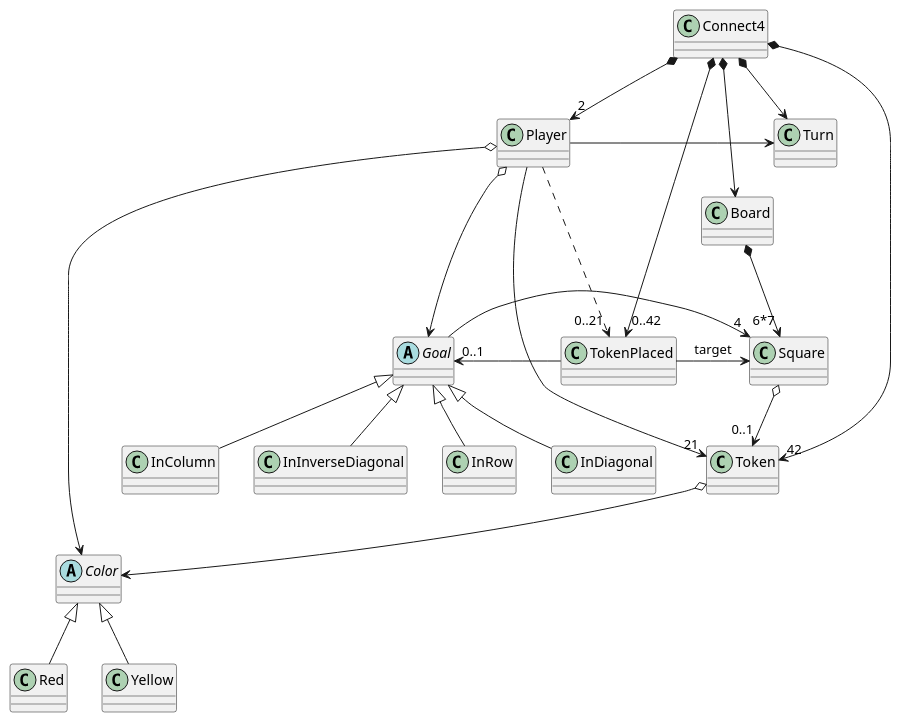
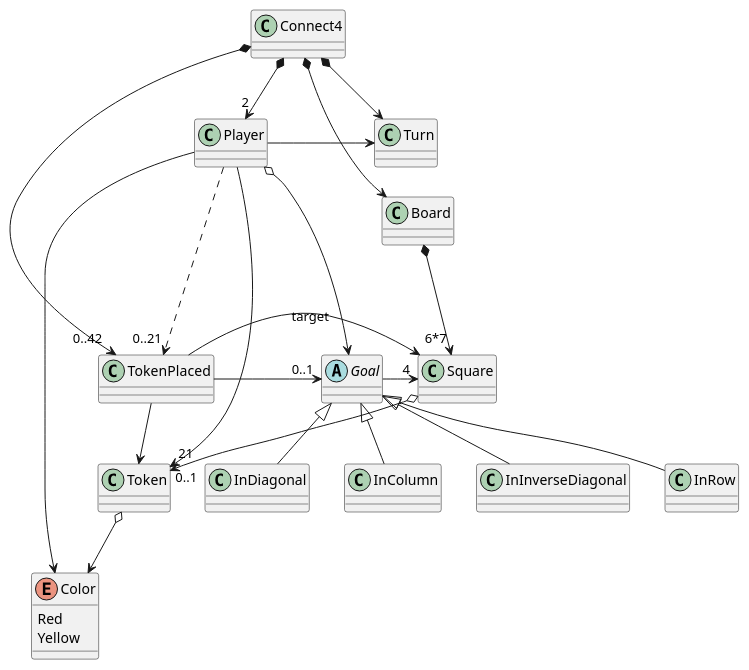
The diagram in MPDS/Connect4/docs/src/domain model overview.plantuml (PabloMartinFluvia/IT-School), drawn with PlantUML before and after one commit. The commit also changed 2 other files, not shown here.

Commit message:
connect4 domain model upgrade
as task for M1 Fundamentos U5 Complejidad, after review in previous unit

```diff
--- a/MPDS/Connect4/docs/src/domain model overview.plantuml
+++ b/MPDS/Connect4/docs/src/domain model overview.plantuml
@@ -1,67 +1,65 @@
 @startuml
 
 class Connect4
 'connect4 main classes:'
 class Player
 class Turn
 class Board
 class Token
 
 class Square
 
 'goals'
 abstract class Goal
 class InRow
 class InDiagonal
 class InColumn
 class InInverseDiagonal
 
 'events'
 class TokenPlaced
 
 'token & player color'
-abstract class Color
-class Red
-class Yellow
+enum Color{
+Red
+Yellow
+}
 
 'connect4 composites'
 Connect4 *-down-> "2" Player
 Connect4 *-down-> Turn
 Connect4 *-down-> Board
 Connect4 *-down-> "0..42" TokenPlaced
-Connect4 *-down-> "42" Token
+
 
 'player dependencies'
 Player -right-> Turn
 Player o-down-> Goal
 Player .down.-> "0..21" TokenPlaced
-Player -right-> "21" Token
-Player o-down-> Color
+Player -down-> Color
+Player -down-> "21" Token
 
 'board dependencies'
 Board *-down-> "6*7" Square
 
 'token placed event dependencies'
 TokenPlaced -right-> "0..1" Goal
+TokenPlaced -right->  Token
 TokenPlaced -right-> Square : target
 
 'goal dependencies'
 Goal -right-> "4" Square
 
 'square dependencies'
 Square o-down-> "0..1" Token
 
 'goal children'
 Goal <|-down- InRow
 Goal <|-down- InColumn
 Goal <|-down- InDiagonal
 Goal <|-down- InInverseDiagonal
 
-'color children'
-Color <|-down- Red
-Color <|-down- Yellow
-
 'token dependencies'
 Token o-down-> Color
 
 @enduml
```
